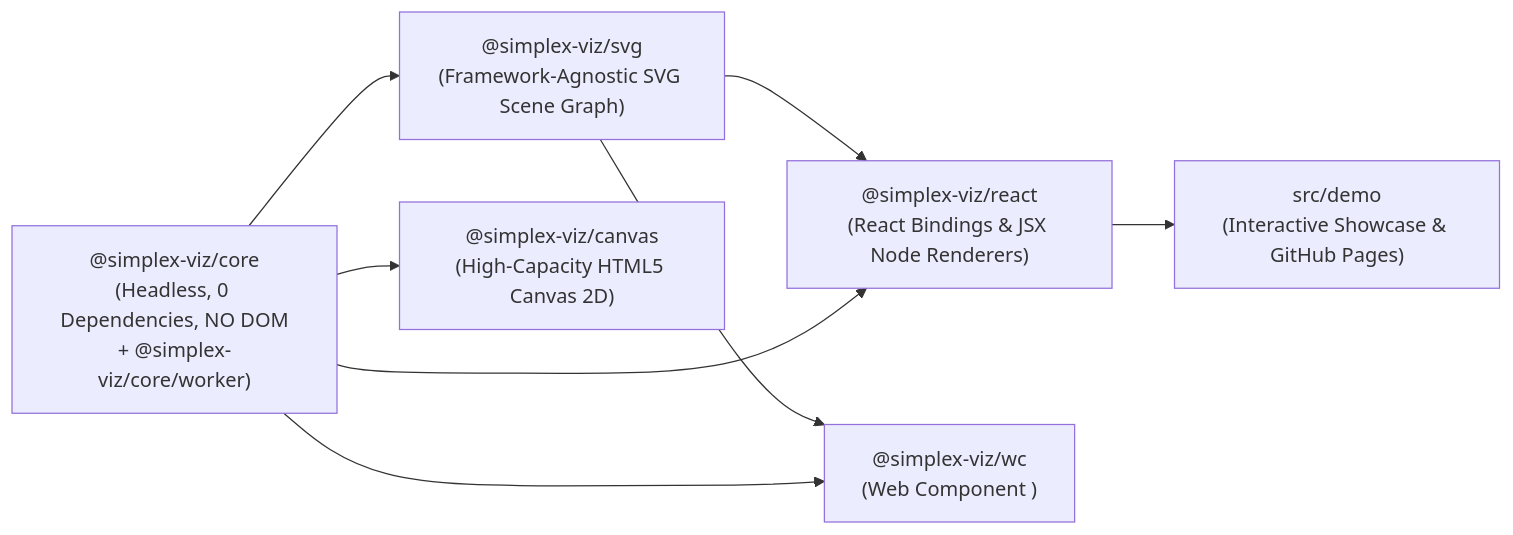
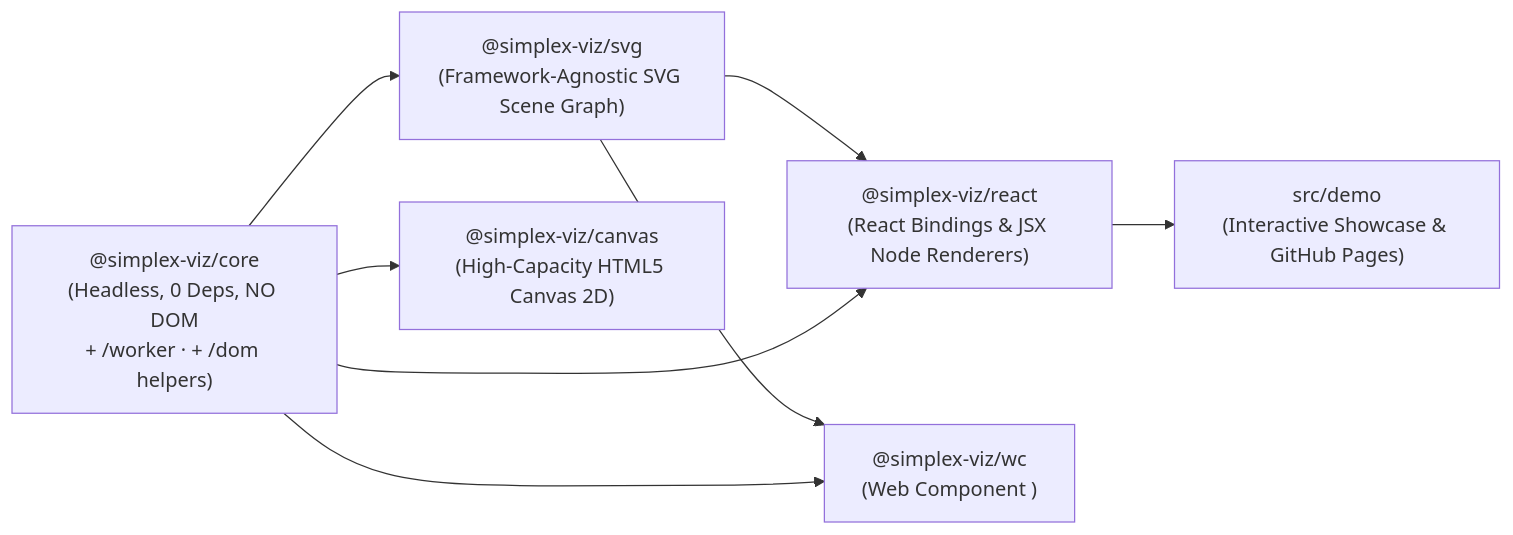
One commit to ghackenberg/simplex-viz changed the diagram in README.md. Above: the diagram before and after it, drawn with Mermaid. The commit also changed other lines of this file and 13 other files, not shown here.

First line of the commit message:
feat(core): add @simplex-viz/core/dom subpath

````diff
--- a/README.md
+++ b/README.md
@@ -49,10 +49,10 @@
 ```mermaid
 flowchart LR
-  Core["@simplex-viz/core\n(Headless, 0 Dependencies, NO DOM\n+ @simplex-viz/core/worker)"] --> Svg["@simplex-viz/svg\n(Framework-Agnostic SVG Scene Graph)"]
+  Core["@simplex-viz/core\n(Headless, 0 Deps, NO DOM\n+ /worker · + /dom helpers)"] --> Svg["@simplex-viz/svg\n(Framework-Agnostic SVG Scene Graph)"]
   Core --> Canvas["@simplex-viz/canvas\n(High-Capacity HTML5 Canvas 2D)"]
   Svg --> React["@simplex-viz/react\n(React Bindings & JSX Node Renderers)"]
   Core --> React
   Svg --> Wc["@simplex-viz/wc\n(Web Component <simplex-topic-graph>)"]
   Core --> Wc
   React --> Demo["src/demo\n(Interactive Showcase & GitHub Pages)"]
 ```
````
